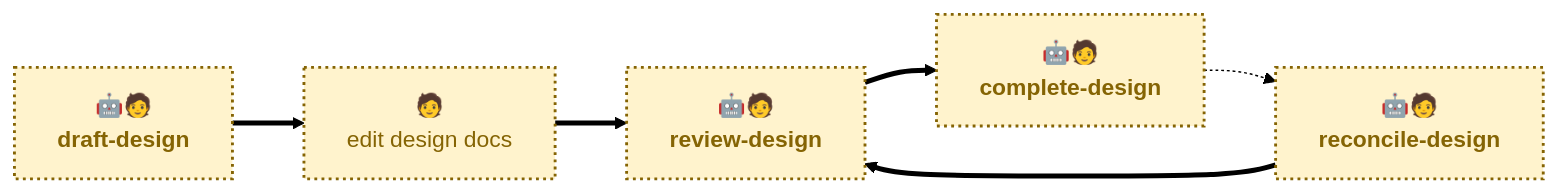
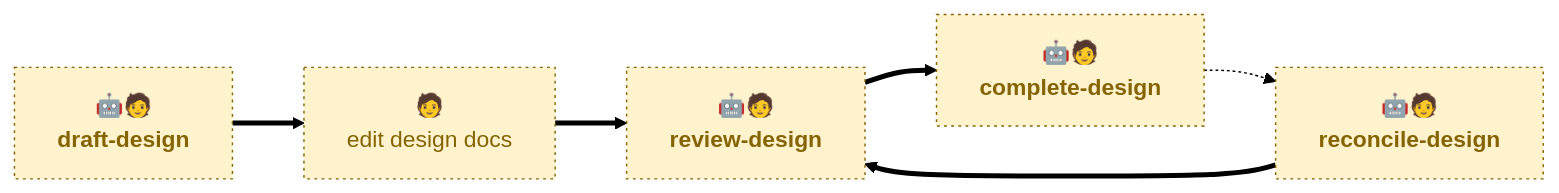
Before and after one commit to kieranpotts/design: the diagram in .agents/skills/README.md, drawn with Mermaid (forest theme). The commit also changed 2 other files, not shown here.

Commit message:
chore: review skills

````diff
--- a/.agents/skills/README.md
+++ b/.agents/skills/README.md
@@ -27,18 +27,18 @@
 ```mermaid
 flowchart LR
   draft["🤖🧑<br/><b>draft-design</b>"]:::anthropic
   write["🧑<br/>edit design docs"]:::anthropic
   review["🤖🧑<br/><b>review-design</b>"]:::anthropic
   complete["🤖🧑<br/><b>complete-design</b>"]:::anthropic
   reconcile["🤖🧑<br/><b>reconcile-design</b>"]:::anthropic
 
   draft ==> write
   write ==> review
   review ==> complete
   complete -.-> reconcile
   reconcile ==> review
 
   classDef agentic fill:#cce5ff,stroke:#004085,color:#004085,stroke-width:2px
   classDef scripted fill:#e2e3e5,stroke:#4b5157,color:#383d41,stroke-width:2px
-  classDef anthropic fill:#fff3cd,stroke:#856404,color:#856404,stroke-width:2px,stroke-dasharray:2 3
+  classDef anthropic fill:#fff3cd,stroke:#856404,color:#856404,stroke-width:1px,stroke-dasharray:2 3
 ```
````
